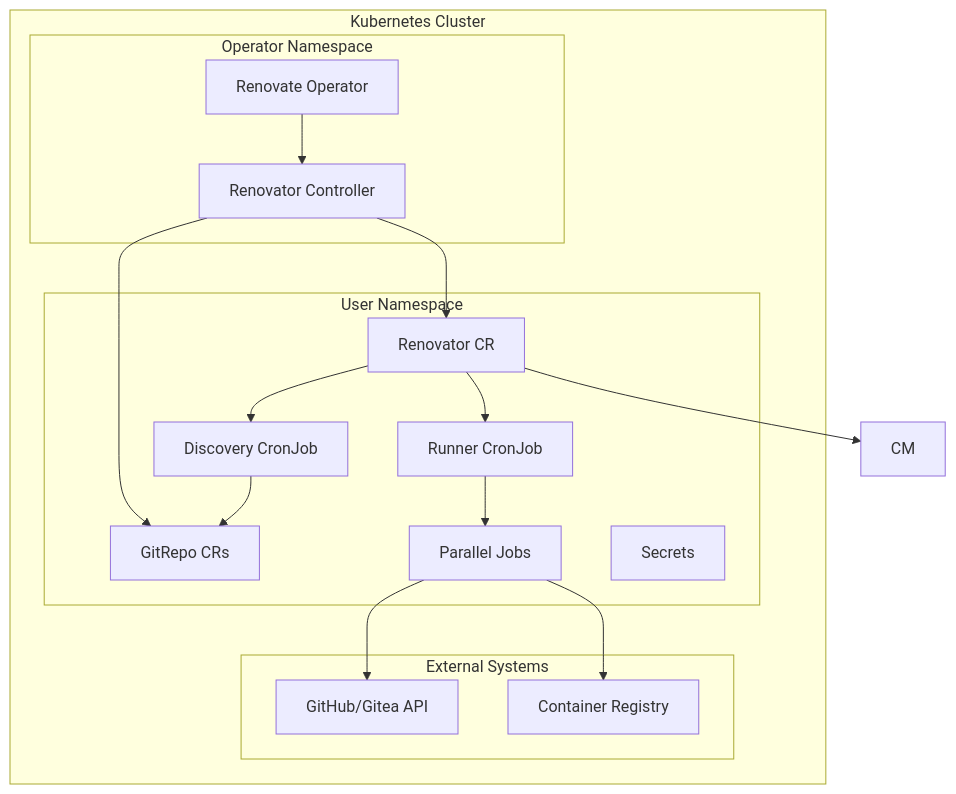
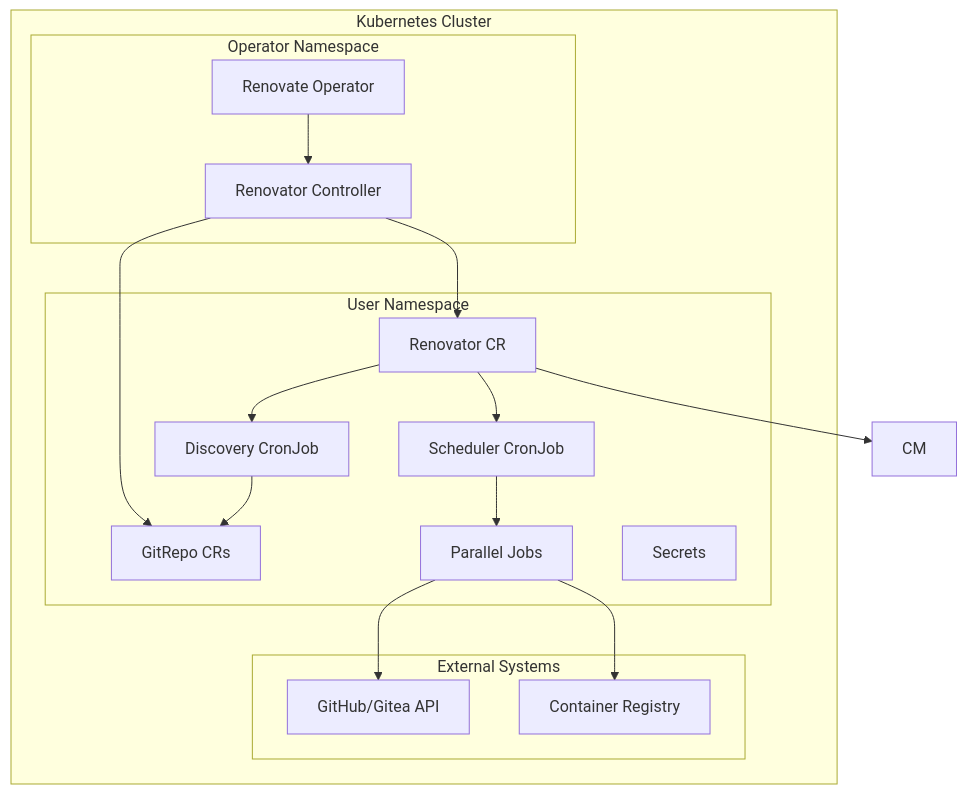
The diagram in docs/architecture.md (thegeeklab/renovate-operator), drawn with Mermaid before and after one commit. The commit also changed other lines of this file and 50 other files, not shown here.

Commit message:
refactor: rename runner to scheduler

````diff
--- a/docs/architecture.md
+++ b/docs/architecture.md
@@ -7,33 +7,33 @@
 ```mermaid
 graph TB
 subgraph "Kubernetes Cluster"
 subgraph "Operator Namespace"
 OP[Renovate Operator]
 OP --> RC[Renovator Controller]
 end
 
 subgraph "User Namespace"
     REN[Renovator CR]
     REPO[GitRepo CRs]
     DCJ[Discovery CronJob]
-    RCJ[Runner CronJob]
+    RCJ[Scheduler CronJob]
     JOBS[Parallel Jobs]
     SEC[Secrets]
 end
 
 subgraph "External Systems"
 GH[GitHub/Gitea API]
 REG[Container Registry]
 end
 end
 
 RC --> REN
 RC --> REPO
 REN --> DCJ
 REN --> RCJ
 REN --> CM
 DCJ --> REPO
 RCJ --> JOBS
 JOBS --> GH
     JOBS --> REG
 ```
````
